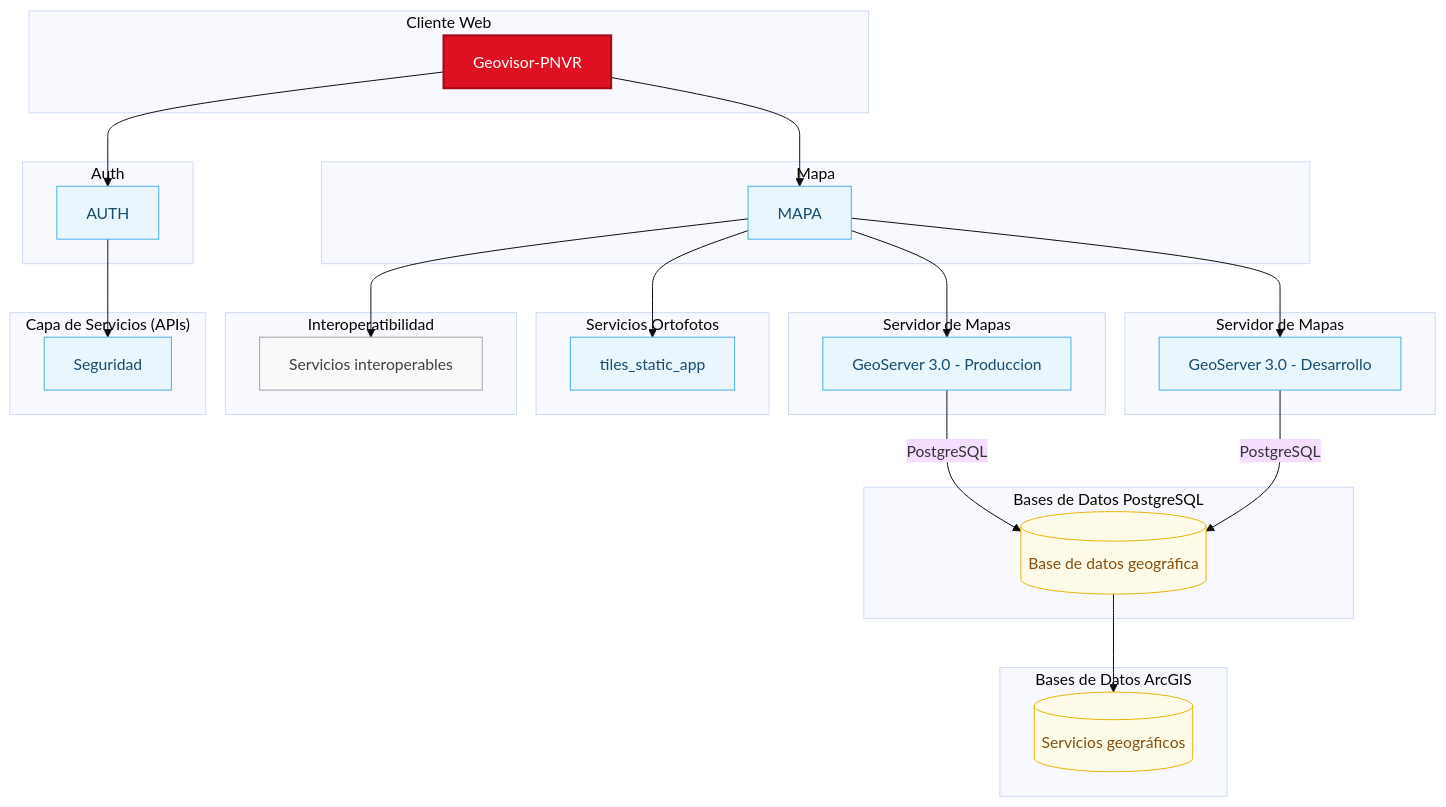
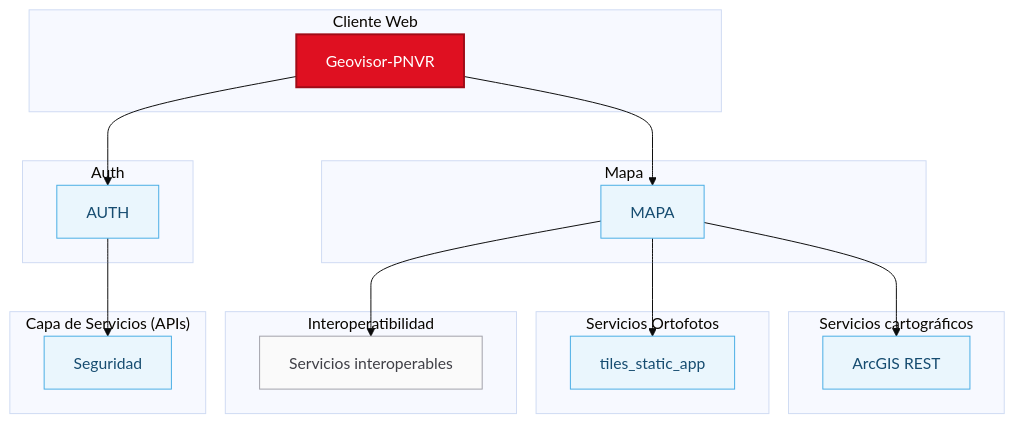
One commit to jchafloquem/visor_pnsr changed the diagram in README.md. Above: the diagram before and after it, drawn with Mermaid (base theme). The commit also changed other lines of this file and 36 other files, not shown here.

````diff
--- a/README.md
+++ b/README.md
@@ -134,75 +135,57 @@
 ```mermaid
 graph TB
   %% =========================
   %% COMPONENTES
   %% =========================
   subgraph "Cliente Web"
     FRONT[Geovisor-PNVR]
   end 
 
   subgraph "Auth"
     AUTH[AUTH]
   end
 
   subgraph "Mapa"
     MAPA[MAPA]
   end
 
-  subgraph "Bases de Datos PostgreSQL"
-    DB1[(Base de datos geográfica)]
-  end
-
-  subgraph "Bases de Datos ArcGIS"
-    DB2[(Servicios geográficos)]
-  end
-  
-  subgraph "Servidor de Mapas"
-    GEOSERVER_PROD[GeoServer 3.0 - Produccion]
-  end
-
-  subgraph "Servidor de Mapas"
-    GEOSERVER_DEV[GeoServer 3.0 - Desarrollo]
+  subgraph "Servicios cartográficos"
+    ARCGIS[ArcGIS REST]
   end
 
   subgraph "Servicios Ortofotos"
     ORTOFOTOS[tiles_static_app]
   end
 
   subgraph "Interoperatibilidad"
     INTER[Servicios interoperables]
   end
 
   subgraph "Capa de Servicios (APIs)"
     SEGURIDAD[Seguridad]
   end  
 
   %% =========================
   %% RELACIONES
   %% =========================
   FRONT --> AUTH
   FRONT --> MAPA
   AUTH --> SEGURIDAD
-  MAPA --> GEOSERVER_PROD
-  MAPA --> GEOSERVER_DEV
+  MAPA --> ARCGIS
   MAPA --> ORTOFOTOS
   MAPA --> INTER
-  DB1 --> DB2
-  
-  GEOSERVER_PROD -- "PostgreSQL" --> DB1
-  GEOSERVER_DEV -- "PostgreSQL" --> DB1
-  
 
   %% =========================
   %% ESTILOS
   %% =========================
   classDef front fill:#df1021,stroke:#a00b17,stroke-width:2px,color:#fff;
   classDef service fill:#eaf6fd,stroke:#48ade5,stroke-width:1px,color:#164c70;
   classDef db fill:#fefce8,stroke:#eab308,stroke-width:1px,color:#854d0e;
   classDef external fill:#fafafa,stroke:#a1a1aa,stroke-width:1px,color:#3f3f46;
 
   class FRONT front;
-  class AUTH,MAPA,GEOSERVER_PROD,GEOSERVER_DEV,ORTOFOTOS,SEGURIDAD service;
+  class AUTH,MAPA,ARCGIS,ORTOFOTOS,SEGURIDAD service;
   class INTER external;
   class DB1 db;
   class DB2 db;
 ```
````
